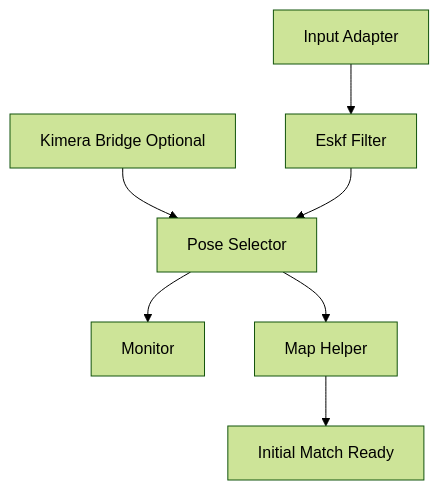
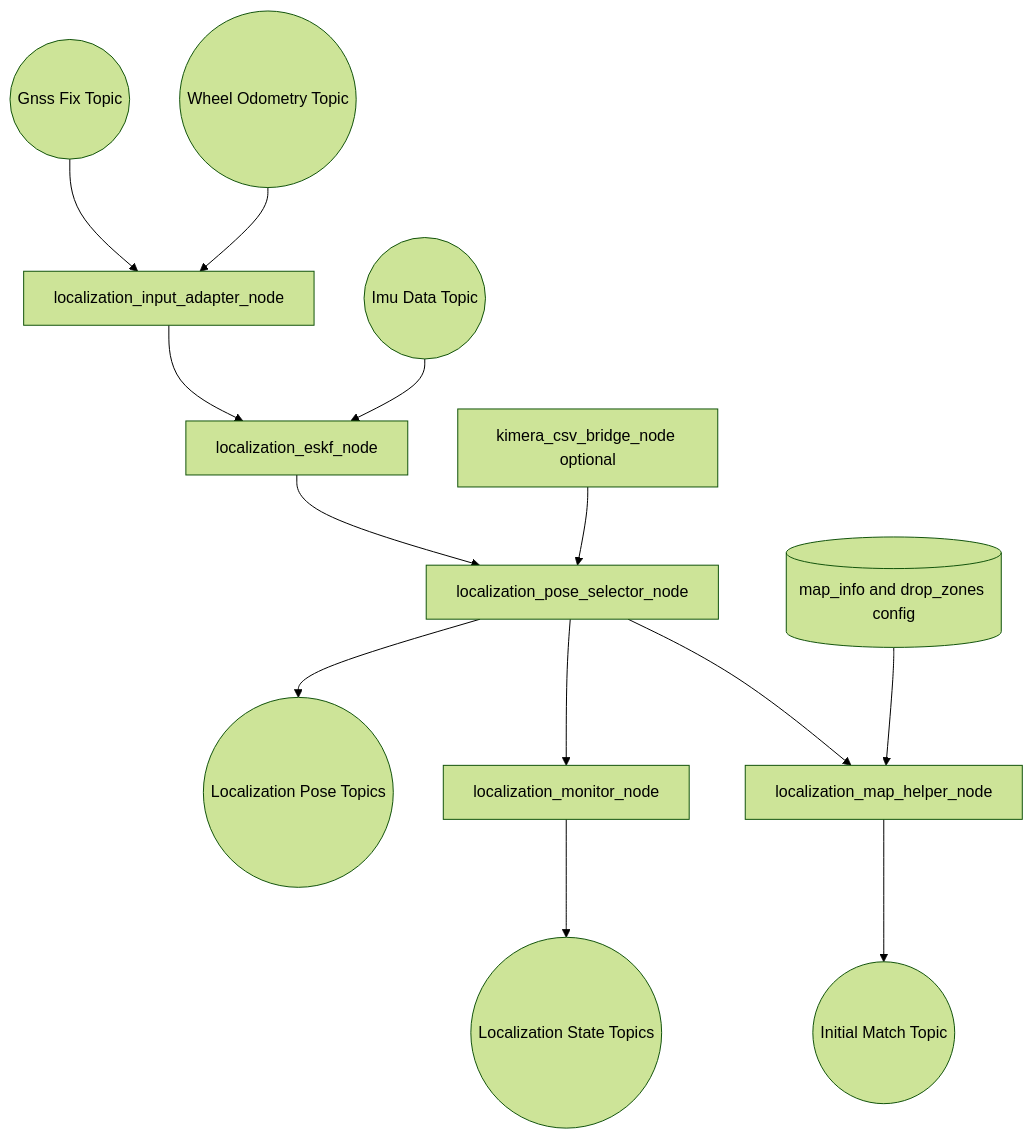
One commit to hwanhonglee/CAMROD changed the first of 2 diagrams in camrod_localization/README.md. Above: the diagram before and after it, drawn with Mermaid (forest theme). The commit also changed other lines of this file and 13 other files, not shown here.

Commit message:
docs(readme): clarify diagram semantics and avg_msgs interface-only role

````diff
--- a/camrod_localization/README.md
+++ b/camrod_localization/README.md
@@ -7,9 +7,18 @@
 ```mermaid
 graph TD
-  ADAPT[Input Adapter] --> ESKF[Eskf Filter]
-  KIMERA[Kimera Bridge Optional] --> SELECT[Pose Selector]
-  ESKF --> SELECT
-  SELECT --> MON[Monitor]
-  SELECT --> HELPER[Map Helper]
-  HELPER --> READY[Initial Match Ready]
+  GNSS((Gnss Fix Topic)) --> ADAPT[localization_input_adapter_node]
+  WHEEL((Wheel Odometry Topic)) --> ADAPT
+  ADAPT --> ESKF[localization_eskf_node]
+  IMU((Imu Data Topic)) --> ESKF
+
+  ESKF --> SELECT[localization_pose_selector_node]
+  KIMERA[kimera_csv_bridge_node optional] --> SELECT
+  SELECT --> POSE((Localization Pose Topics))
+
+  SELECT --> MON[localization_monitor_node]
+  MON --> MODE((Localization State Topics))
+
+  SELECT --> HELPER[localization_map_helper_node]
+  MAPREF[(map_info and drop_zones config)] --> HELPER
+  HELPER --> READY((Initial Match Topic))
 ```
````
